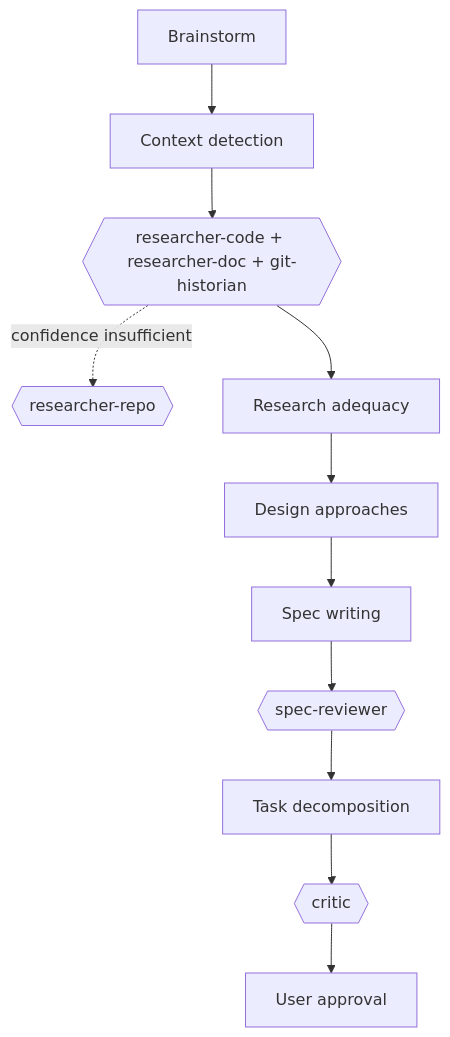
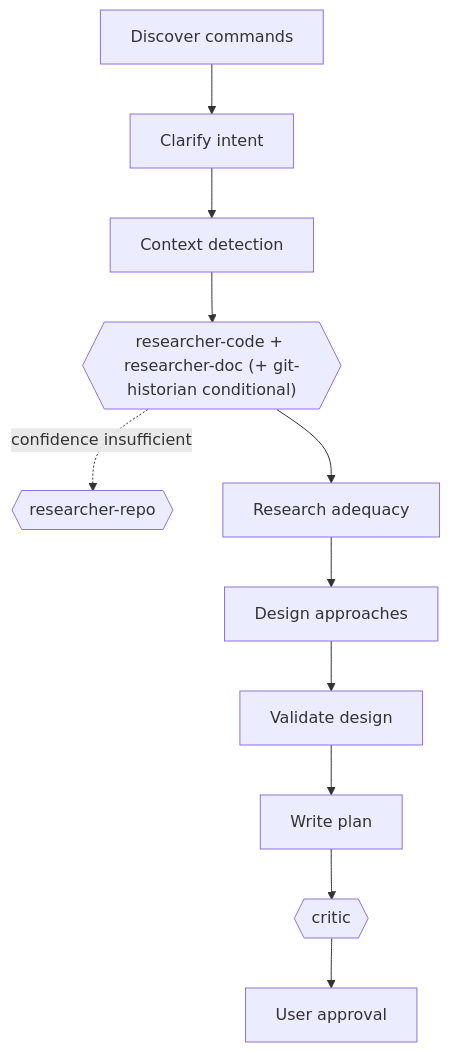
The third of 16 diagrams in README.md (gigi206/ops), drawn with Mermaid before and after one commit. The commit also changed other lines of this file and 61 other files, not shown here.

First line of the commit message:
refactor: v3.8.0 — adaptive ceremony, spec/plan merger, brainstorm→plan fast-path

````diff
--- a/README.md
+++ b/README.md
@@ -314,13 +313,13 @@
 ```mermaid
 flowchart TD
-    B["Brainstorm"] --> C["Context detection"]
-    C --> R{{"researcher-code + researcher-doc + git-historian"}}
+    DC["Discover commands"] --> CI["Clarify intent"]
+    CI --> C["Context detection"]
+    C --> R{{"researcher-code + researcher-doc (+ git-historian conditional)"}}
     R -.->|confidence insufficient| RR{{"researcher-repo"}}
     R --> RA["Research adequacy"]
     RA --> D["Design approaches"]
-    D --> S["Spec writing"]
-    S --> SR{{"spec-reviewer"}}
-    SR --> T["Task decomposition"]
-    T --> CR{{"critic"}}
+    D --> V["Validate design"]
+    V --> P["Write plan"]
+    P --> CR{{"critic"}}
     CR --> A["User approval"]
 ```
````
